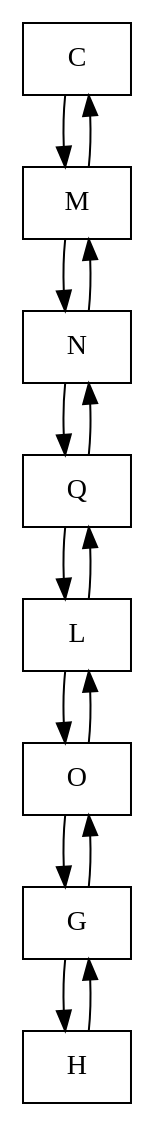
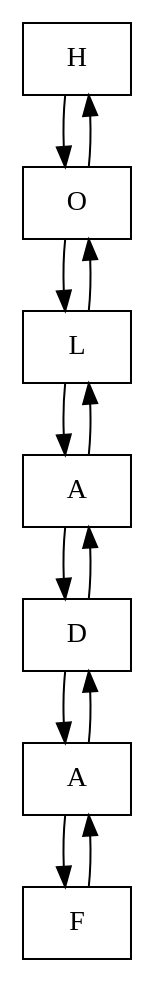
Before and after one commit to elJuanjoRamos/EDD_1S2020_PY1_201801262: the diagram in EDD_Proyecto1/EDD_Proyecto1/LD_LetterPlayer.dot, drawn with Graphviz. The commit also changed 24 other files, not shown here.

```diff
--- a/EDD_Proyecto1/EDD_Proyecto1/LD_LetterPlayer.dot
+++ b/EDD_Proyecto1/EDD_Proyecto1/LD_LetterPlayer.dot
@@ -1,24 +1,21 @@
 digraph G {node[shape = box];
-Nodo0 [label = "C"];
-Nodo1 [label = "M"];
-Nodo2 [label = "N"];
-Nodo3 [label = "Q"];
-Nodo4 [label = "L"];
-Nodo5 [label = "O"];
-Nodo6 [label = "G"];
-Nodo7 [label = "H"];
+Nodo0 [label = "H"];
+Nodo1 [label = "O"];
+Nodo2 [label = "L"];
+Nodo3 [label = "A"];
+Nodo4 [label = "D"];
+Nodo5 [label = "A"];
+Nodo6 [label = "F"];
 Nodo0->Nodo1;
 Nodo1->Nodo0;
 Nodo1->Nodo2;
 Nodo2->Nodo1;
 Nodo2->Nodo3;
 Nodo3->Nodo2;
 Nodo3->Nodo4;
 Nodo4->Nodo3;
 Nodo4->Nodo5;
 Nodo5->Nodo4;
 Nodo5->Nodo6;
 Nodo6->Nodo5;
-Nodo6->Nodo7;
-Nodo7->Nodo6;
 }
```
